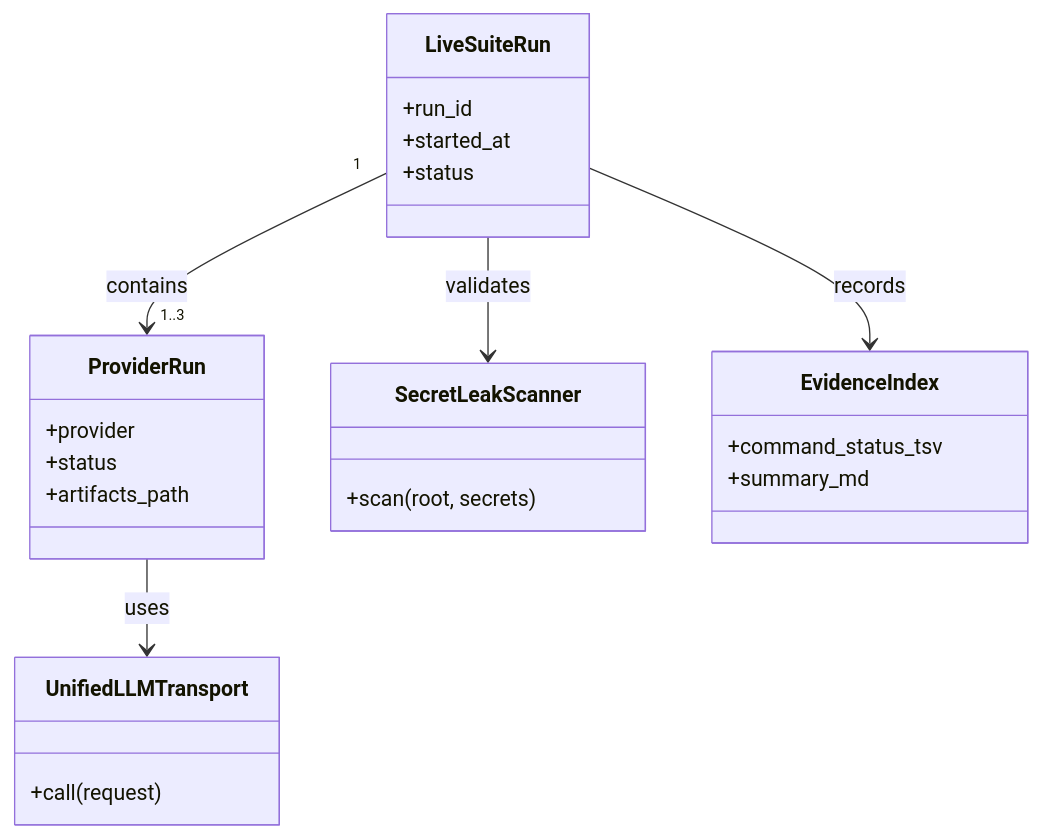
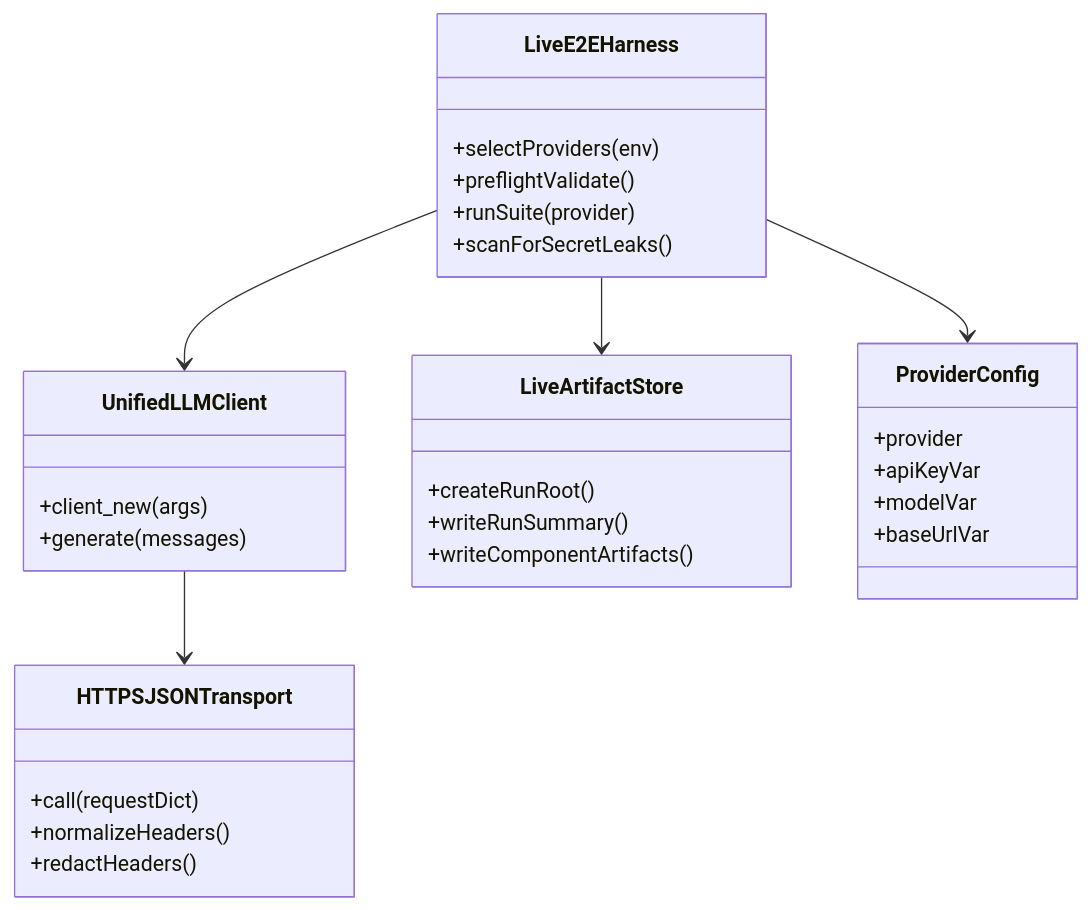
The first of 5 diagrams in docs/sprints/SPRINT-004-comprehensive-implementation-plan.md (jaytaylor/attractor-tcl), drawn with Mermaid before and after one commit. The commit also changed other lines of this file, not shown here.

````diff
--- a/docs/sprints/SPRINT-004-comprehensive-implementation-plan.md
+++ b/docs/sprints/SPRINT-004-comprehensive-implementation-plan.md
@@ -1929,28 +1092,38 @@
 ```mermaid
 classDiagram
-  class LiveSuiteRun {
-    +run_id
-    +started_at
-    +status
-  }
-  class ProviderRun {
-    +provider
-    +status
-    +artifacts_path
-  }
-  class UnifiedLLMTransport {
-    +call(request)
-  }
-  class SecretLeakScanner {
-    +scan(root, secrets)
-  }
-  class EvidenceIndex {
-    +command_status_tsv
-    +summary_md
+  class LiveE2EHarness {
+    +selectProviders(env)
+    +preflightValidate()
+    +runSuite(provider)
+    +scanForSecretLeaks()
   }
 
-  LiveSuiteRun "1" --> "1..3" ProviderRun : contains
-  ProviderRun --> UnifiedLLMTransport : uses
-  LiveSuiteRun --> SecretLeakScanner : validates
-  LiveSuiteRun --> EvidenceIndex : records
+  class UnifiedLLMClient {
+    +client_new(args)
+    +generate(messages)
+  }
+
+  class HTTPSJSONTransport {
+    +call(requestDict)
+    +normalizeHeaders()
+    +redactHeaders()
+  }
+
+  class LiveArtifactStore {
+    +createRunRoot()
+    +writeRunSummary()
+    +writeComponentArtifacts()
+  }
+
+  class ProviderConfig {
+    +provider
+    +apiKeyVar
+    +modelVar
+    +baseUrlVar
+  }
+
+  LiveE2EHarness --> ProviderConfig
+  LiveE2EHarness --> UnifiedLLMClient
+  UnifiedLLMClient --> HTTPSJSONTransport
+  LiveE2EHarness --> LiveArtifactStore
 ```
````
